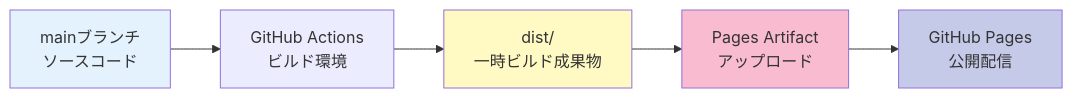
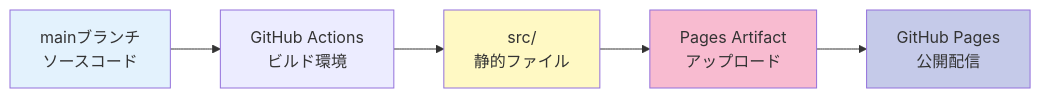
One commit to J1921604/stock-analysis changed the fourth of 4 diagrams in docs/DEPLOY_GUIDE.md. Above: the diagram before and after it, drawn with Mermaid. The commit also changed other lines of this file and 8 other files, not shown here.

````diff
--- a/docs/DEPLOY_GUIDE.md
+++ b/docs/DEPLOY_GUIDE.md
@@ -581,12 +682,12 @@
 ```mermaid
 flowchart LR
     A[mainブランチ<br/>ソースコード] --> B[GitHub Actions<br/>ビルド環境]
-    B --> C[dist/<br/>一時ビルド成果物]
+    B --> C[src/<br/>静的ファイル]
     C --> D[Pages Artifact<br/>アップロード]
     D --> E[GitHub Pages<br/>公開配信]
   
     style A fill:#e3f2fd
     style C fill:#fff9c4
     style D fill:#f8bbd0
     style E fill:#c5cae9
 ```
````
